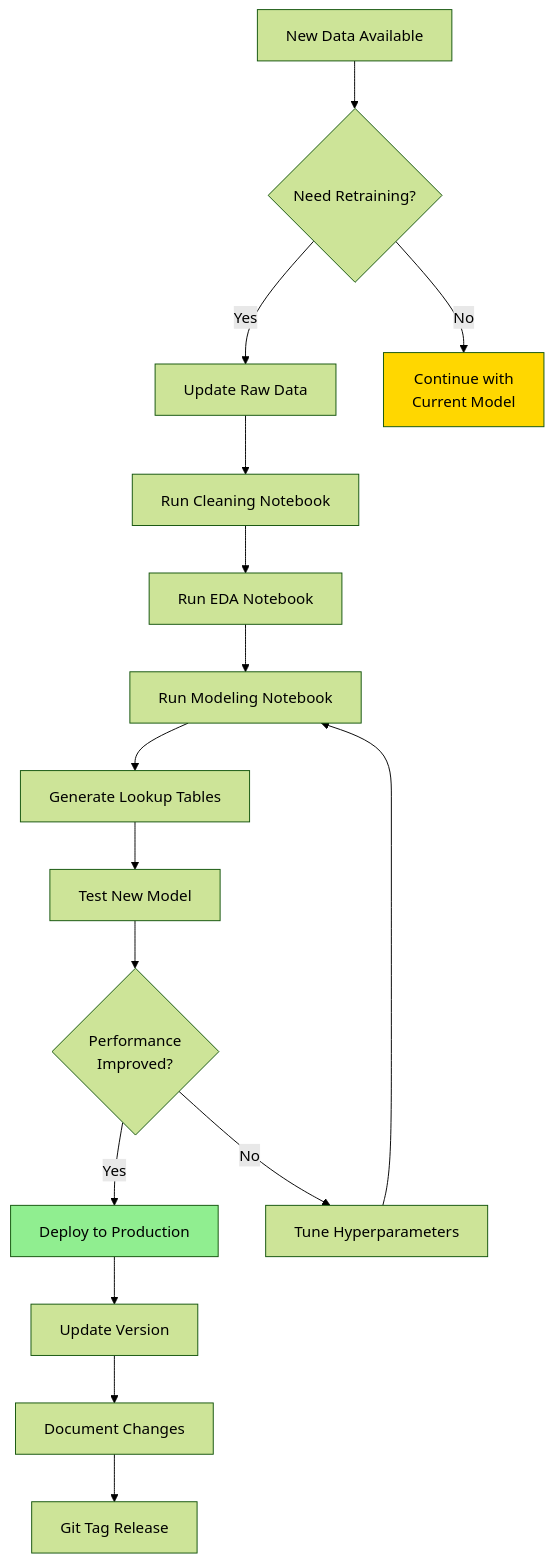
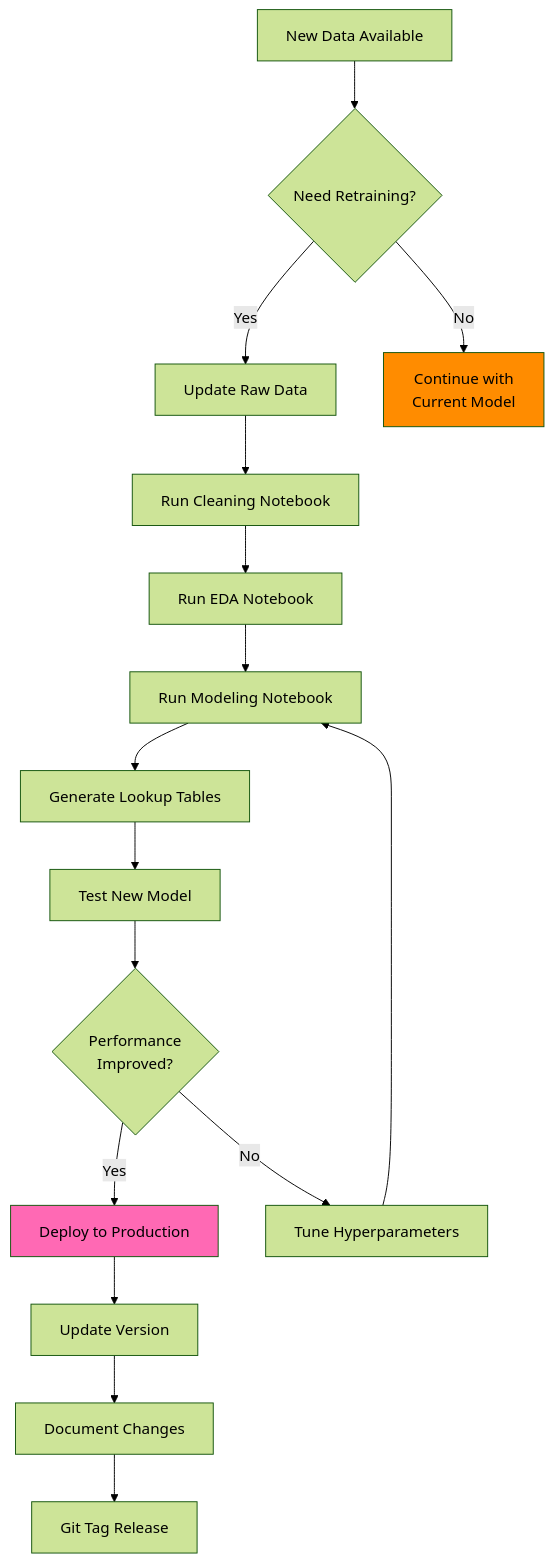
The sixth of 8 diagrams in FLOWCHART.md (Daffa-afaf/ARTG-Queue-Prediction), drawn with Mermaid (forest theme) before and after one commit. The commit also changed other lines of this file, not shown here.

First line of the commit message:
fix: Revise FLOWCHART.md for accuracy and readability

````diff
--- a/FLOWCHART.md
+++ b/FLOWCHART.md
@@ -167,26 +167,26 @@
 ```mermaid
 graph TD
     A[New Data Available] --> B{Need Retraining?}
     
     B -->|Yes| C[Update Raw Data]
     C --> D[Run Cleaning Notebook]
     D --> E[Run EDA Notebook]
     E --> F[Run Modeling Notebook]
     F --> G[Generate Lookup Tables]
     G --> H[Test New Model]
     
     H --> I{Performance<br/>Improved?}
     
     I -->|Yes| J[Deploy to Production]
     I -->|No| K[Tune Hyperparameters]
     K --> F
     
     J --> L[Update Version]
     L --> M[Document Changes]
     M --> N[Git Tag Release]
     
     B -->|No| O[Continue with<br/>Current Model]
     
-    style J fill:#90EE90
-    style O fill:#FFD700
+    style J fill:#FF69B4
+    style O fill:#FF8C00
 ```
````
